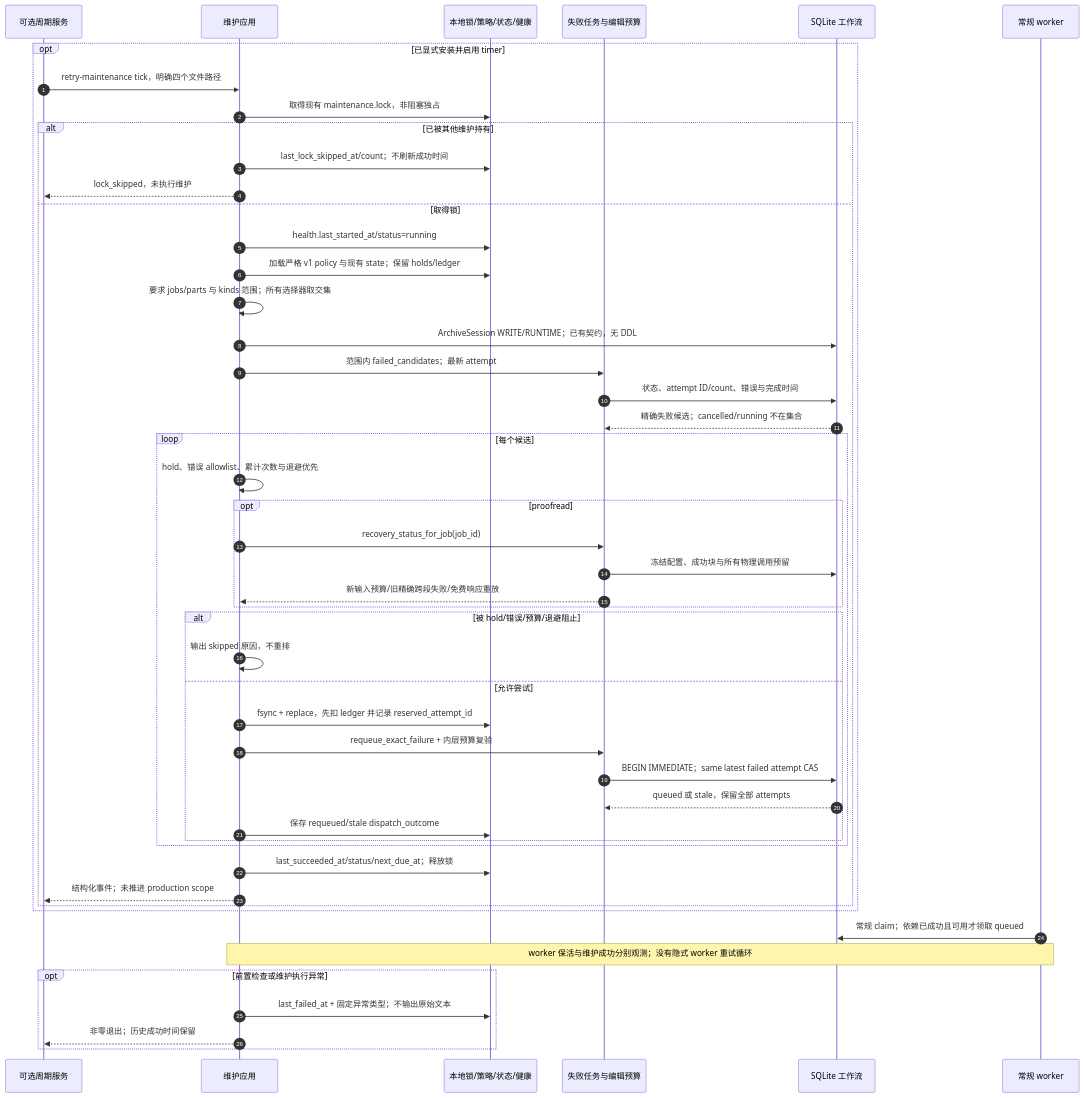
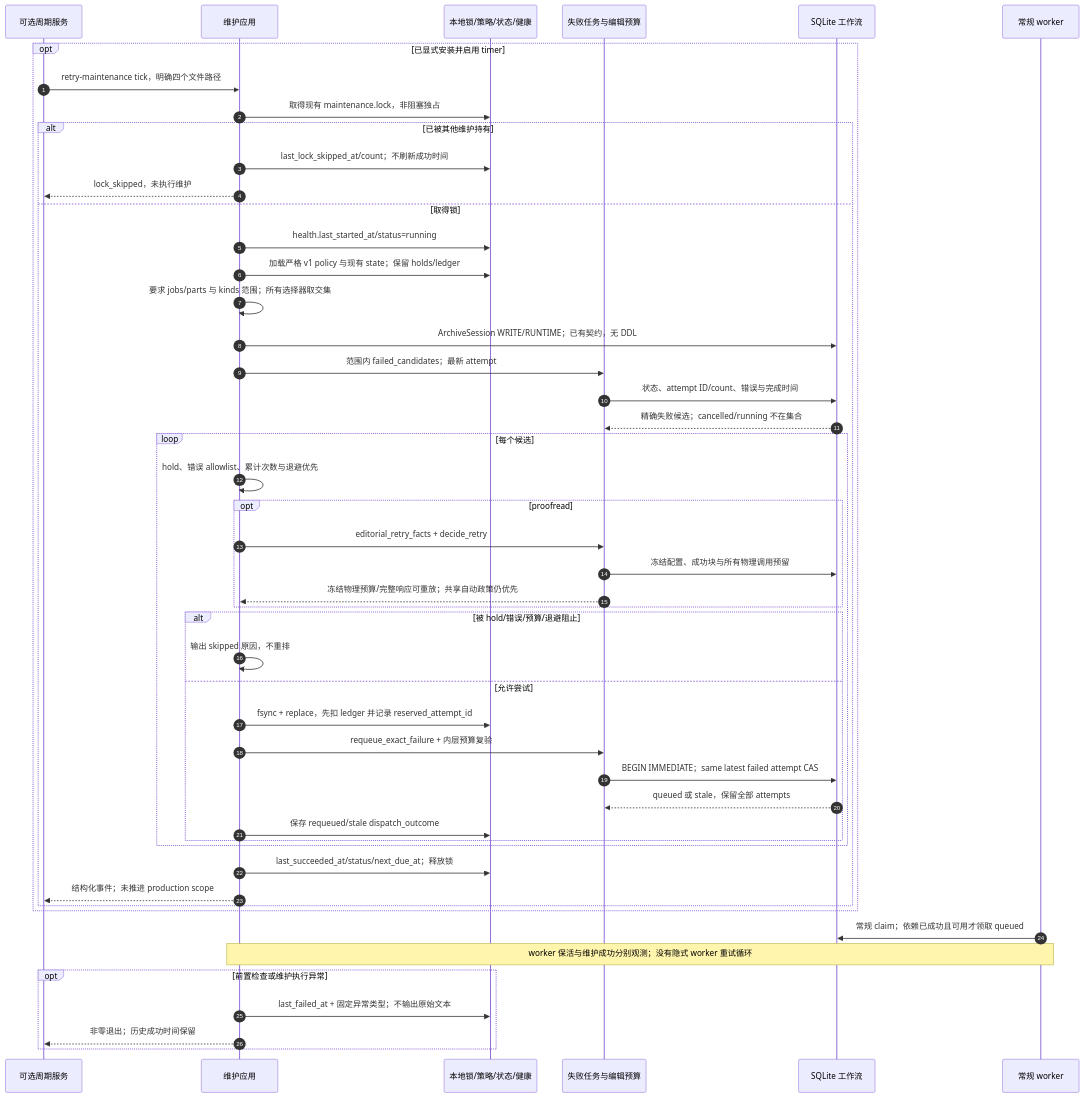
One commit to SuperCatQR/bilibili-asr-archive changed the diagram in docs/32-retry-maintenance.md. Above: the diagram before and after it, drawn with Mermaid. The commit also changed other lines of this file and 102 other files, not shown here.

Commit message:
Refresh architecture evidence for integrated failure recovery

````diff
--- a/docs/32-retry-maintenance.md
+++ b/docs/32-retry-maintenance.md
@@ -9,51 +9,51 @@
 ```mermaid
 sequenceDiagram
     autonumber
     participant timer as 可选周期服务
     participant maintenance as 维护应用
     participant files as 本地锁/策略/状态/健康
     participant repository as 失败任务与编辑预算
     participant db as SQLite 工作流
     participant worker as 常规 worker
     opt 已显式安装并启用 timer
         timer->>maintenance: retry-maintenance tick，明确四个文件路径
         maintenance->>files: 取得现有 maintenance.lock，非阻塞独占
         alt 已被其他维护持有
             maintenance->>files: last_lock_skipped_at/count；不刷新成功时间
             maintenance-->>timer: lock_skipped，未执行维护
         else 取得锁
             maintenance->>files: health.last_started_at/status=running
             maintenance->>files: 加载严格 v1 policy 与现有 state；保留 holds/ledger
             maintenance->>maintenance: 要求 jobs/parts 与 kinds 范围；所有选择器取交集
             maintenance->>db: ArchiveSession WRITE/RUNTIME；已有契约，无 DDL
             maintenance->>repository: 范围内 failed_candidates；最新 attempt
             repository->>db: 状态、attempt ID/count、错误与完成时间
             db-->>repository: 精确失败候选；cancelled/running 不在集合
             loop 每个候选
                 maintenance->>maintenance: hold、错误 allowlist、累计次数与退避优先
                 opt proofread
-                    maintenance->>repository: recovery_status_for_job(job_id)
+                    maintenance->>repository: editorial_retry_facts + decide_retry
                     repository->>db: 冻结配置、成功块与所有物理调用预留
-                    repository-->>maintenance: 新输入预算/旧精确跨段失败/免费响应重放
+                    repository-->>maintenance: 冻结物理预算/完整响应可重放；共享自动政策仍优先
                 end
                 alt 被 hold/错误/预算/退避阻止
                     maintenance->>maintenance: 输出 skipped 原因，不重排
                 else 允许尝试
                     maintenance->>files: fsync + replace，先扣 ledger 并记录 reserved_attempt_id
                     maintenance->>repository: requeue_exact_failure + 内层预算复验
                     repository->>db: BEGIN IMMEDIATE；same latest failed attempt CAS
                     db-->>repository: queued 或 stale，保留全部 attempts
                     maintenance->>files: 保存 requeued/stale dispatch_outcome
                 end
             end
             maintenance->>files: last_succeeded_at/status/next_due_at；释放锁
             maintenance-->>timer: 结构化事件；未推进 production scope
         end
     end
     worker->>db: 常规 claim；依赖已成功且可用才领取 queued
     Note over worker,maintenance: worker 保活与维护成功分别观测；没有隐式 worker 重试循环
     opt 前置检查或维护执行异常
         maintenance->>files: last_failed_at + 固定异常类型；不输出原始文本
         maintenance-->>timer: 非零退出；历史成功时间保留
     end
 ```
````
